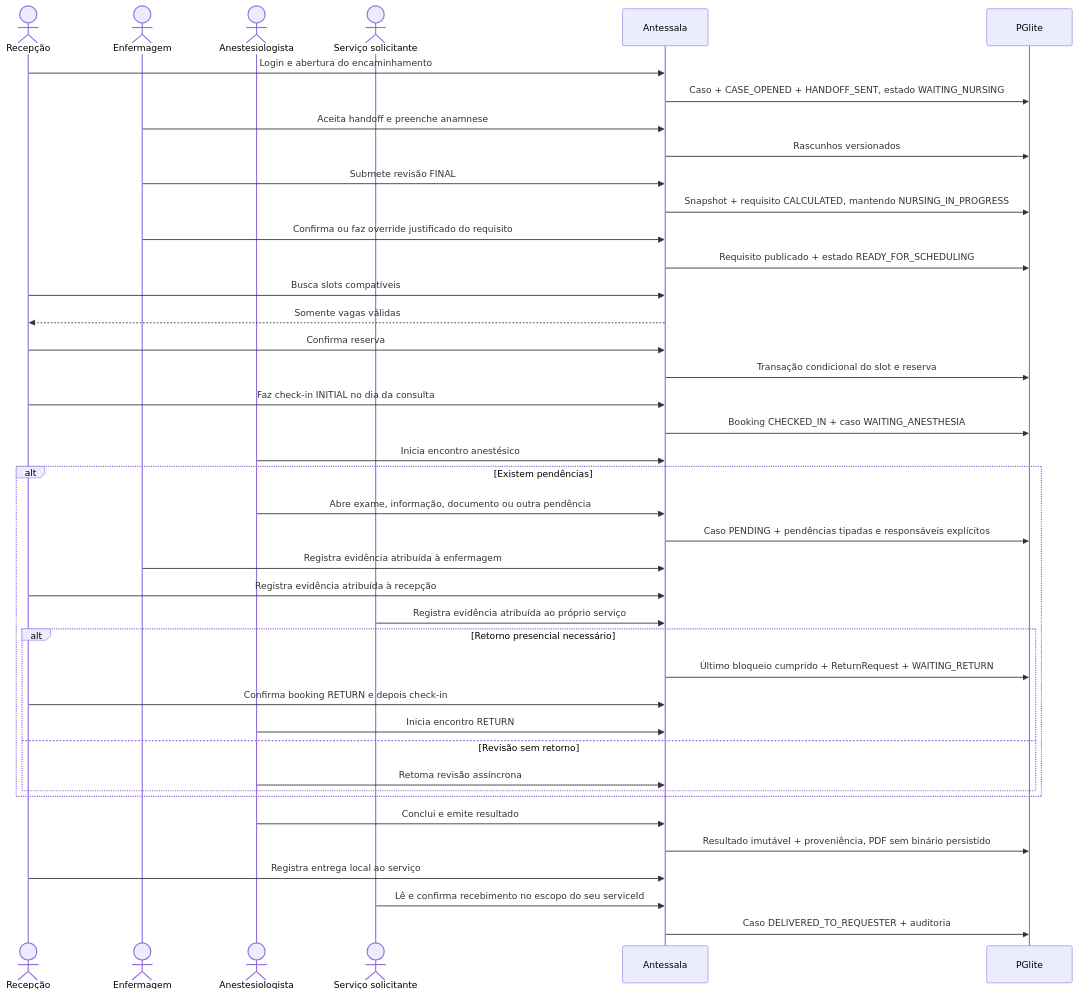
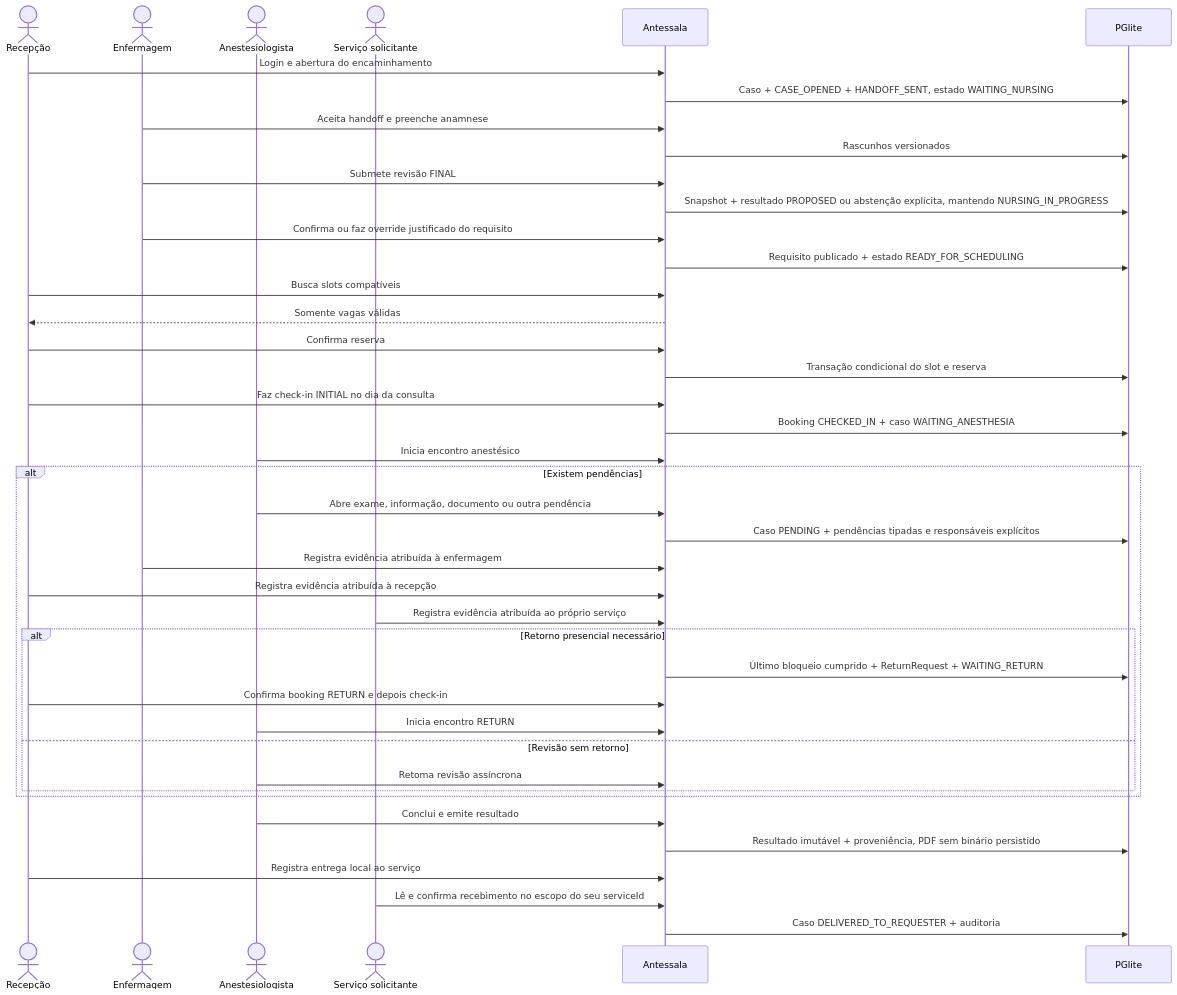
Before and after one commit to nmarcofernandess/antessala: the first of 4 diagrams in hack/analysis.md, drawn with Mermaid. The commit also changed other lines of this file and 7 other files, not shown here.

````diff
--- a/hack/analysis.md
+++ b/hack/analysis.md
@@ -340,44 +340,44 @@
 ```mermaid
 sequenceDiagram
   actor R as Recepção
   actor N as Enfermagem
   actor A as Anestesiologista
   actor S as Serviço solicitante
   participant X as Antessala
   participant DB as PGlite
 
   R->>X: Login e abertura do encaminhamento
   X->>DB: Caso + CASE_OPENED + HANDOFF_SENT, estado WAITING_NURSING
   N->>X: Aceita handoff e preenche anamnese
   X->>DB: Rascunhos versionados
   N->>X: Submete revisão FINAL
-  X->>DB: Snapshot + requisito CALCULATED, mantendo NURSING_IN_PROGRESS
+  X->>DB: Snapshot + resultado PROPOSED ou abstenção explícita, mantendo NURSING_IN_PROGRESS
   N->>X: Confirma ou faz override justificado do requisito
   X->>DB: Requisito publicado + estado READY_FOR_SCHEDULING
   R->>X: Busca slots compatíveis
   X-->>R: Somente vagas válidas
   R->>X: Confirma reserva
   X->>DB: Transação condicional do slot e reserva
   R->>X: Faz check-in INITIAL no dia da consulta
   X->>DB: Booking CHECKED_IN + caso WAITING_ANESTHESIA
   A->>X: Inicia encontro anestésico
   alt Existem pendências
     A->>X: Abre exame, informação, documento ou outra pendência
     X->>DB: Caso PENDING + pendências tipadas e responsáveis explícitos
     N->>X: Registra evidência atribuída à enfermagem
     R->>X: Registra evidência atribuída à recepção
     S->>X: Registra evidência atribuída ao próprio serviço
     alt Retorno presencial necessário
       X->>DB: Último bloqueio cumprido + ReturnRequest + WAITING_RETURN
       R->>X: Confirma booking RETURN e depois check-in
       A->>X: Inicia encontro RETURN
     else Revisão sem retorno
       A->>X: Retoma revisão assíncrona
     end
   end
   A->>X: Conclui e emite resultado
   X->>DB: Resultado imutável + proveniência, PDF sem binário persistido
   R->>X: Registra entrega local ao serviço
   S->>X: Lê e confirma recebimento no escopo do seu serviceId
   X->>DB: Caso DELIVERED_TO_REQUESTER + auditoria
 ```
````
